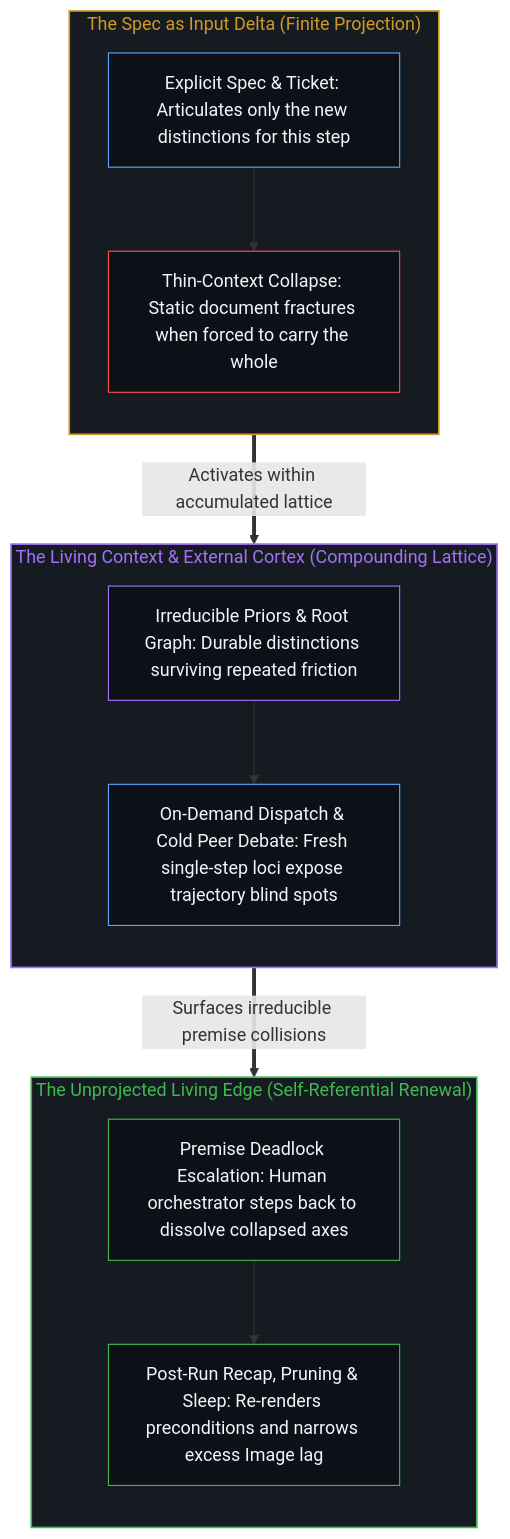
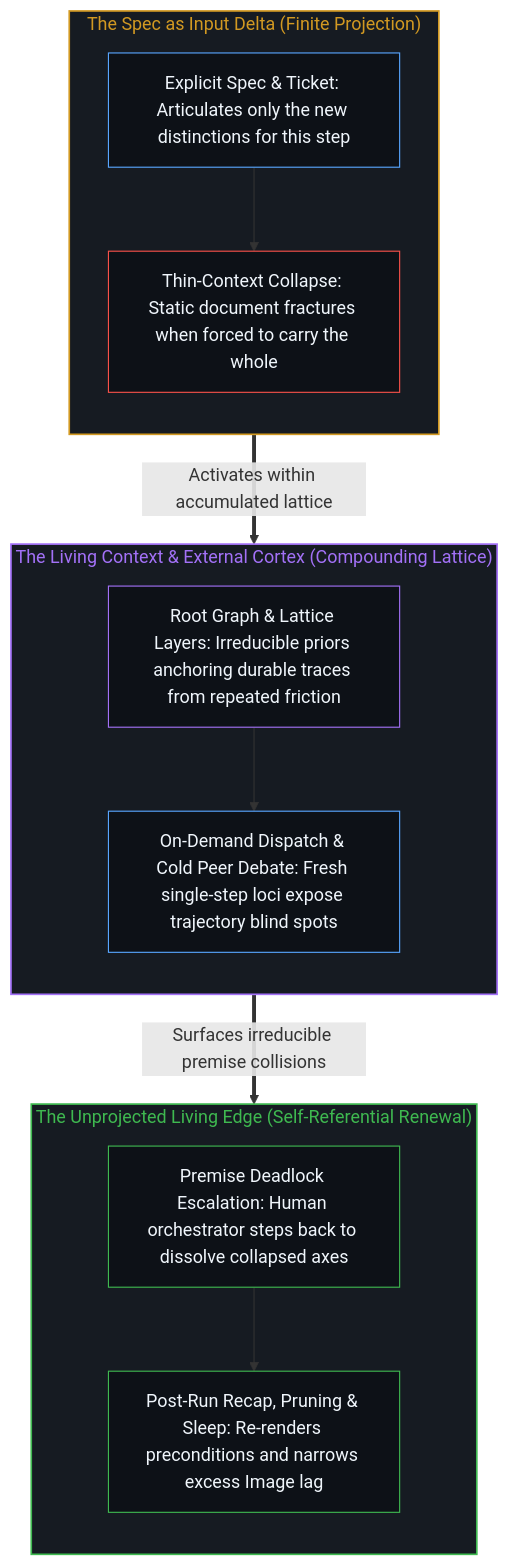
One commit to powerpig99/not-a-toe changed the second of 2 diagrams in content/posts/the-living-context.md. Above: the diagram before and after it, drawn with Mermaid. The commit also changed other lines of this file and 3 other files, not shown here.

````diff
--- a/content/posts/the-living-context.md
+++ b/content/posts/the-living-context.md
@@ -70,32 +70,32 @@
 ```mermaid
 flowchart TD
     subgraph S_Delta["The Spec as Input Delta (Finite Projection)"]
         direction TB
         Ticket["Explicit Spec & Ticket: Articulates only the new distinctions for this step"]
         Thin["Thin-Context Collapse: Static document fractures when forced to carry the whole"]
         Ticket --> Thin
     end
     subgraph S_Cortex["The Living Context & External Cortex (Compounding Lattice)"]
         direction TB
-        Priors["Irreducible Priors & Root Graph: Durable distinctions surviving repeated friction"]
+        Priors["Root Graph & Lattice Layers: Irreducible priors anchoring durable traces from repeated friction"]
         Mitosis["On-Demand Dispatch & Cold Peer Debate: Fresh single-step loci expose trajectory blind spots"]
         Priors --> Mitosis
     end
     subgraph S_Edge["The Unprojected Living Edge (Self-Referential Renewal)"]
         direction TB
         Escalation["Premise Deadlock Escalation: Human orchestrator steps back to dissolve collapsed axes"]
         ReRender["Post-Run Recap, Pruning & Sleep: Re-renders preconditions and narrows excess Image lag"]
         Escalation --> ReRender
     end
     Ticket ==>|"Activates within accumulated lattice"| Priors
     Mitosis ==>|"Surfaces irreducible premise collisions"| Escalation
     style S_Delta fill:#161b22,stroke:#d29922,stroke-width:1.5px,color:#d29922
     style S_Cortex fill:#161b22,stroke:#a371f7,stroke-width:1.5px,color:#a371f7
     style S_Edge fill:#161b22,stroke:#3fb950,stroke-width:1.5px,color:#3fb950
     style Ticket fill:#0d1117,stroke:#58a6ff,stroke-width:1px,color:#f0f6fc
     style Thin fill:#0d1117,stroke:#f85149,stroke-width:1px,color:#f0f6fc
     style Priors fill:#0d1117,stroke:#a371f7,stroke-width:1px,color:#f0f6fc
     style Mitosis fill:#0d1117,stroke:#58a6ff,stroke-width:1px,color:#f0f6fc
     style Escalation fill:#0d1117,stroke:#3fb950,stroke-width:1px,color:#f0f6fc
     style ReRender fill:#0d1117,stroke:#3fb950,stroke-width:1px,color:#f0f6fc
 ```
````
